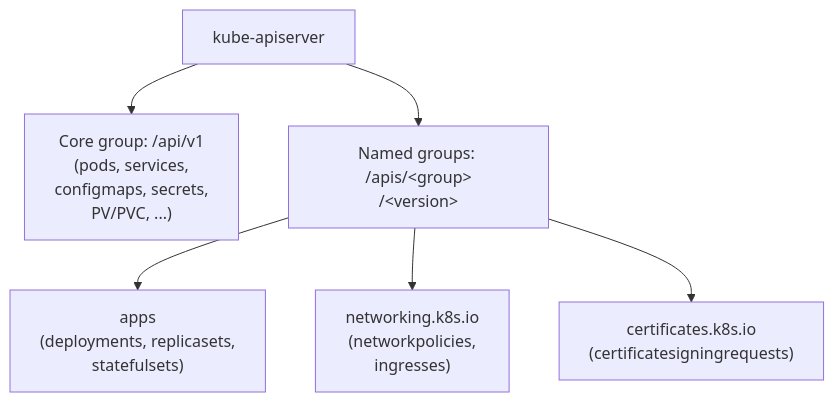
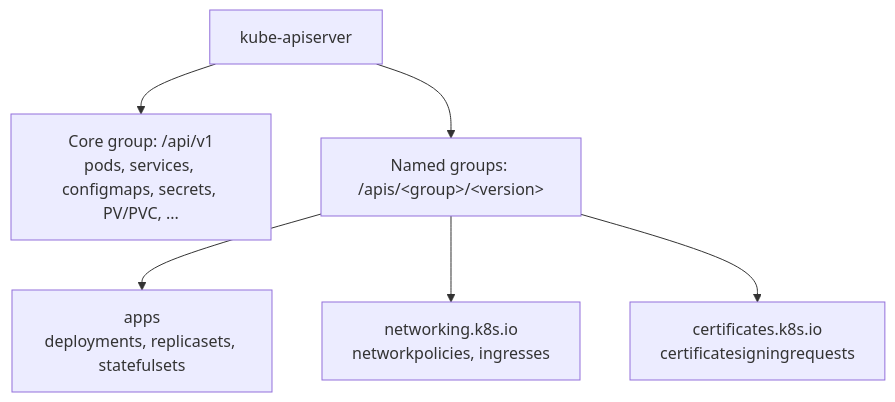
Diagram 40 of 42 in README.md (garashov/k8s-ckad-exam-prep), drawn with Mermaid before and after one commit. The commit also changed other lines of this file, not shown here.

````diff
--- a/README.md
+++ b/README.md
@@ -5276,9 +5277,9 @@
 ```mermaid
 flowchart TB
     API["kube-apiserver"]
-    API --> CORE["Core group: /api/v1<br/>(pods, services,<br/> configmaps, secrets,<br/> PV/PVC, ...)"]
-    API --> NAMED["Named groups: /apis/&lt;group&gt;<br/>/&lt;version&gt;"]
-    NAMED --> APPS["apps<br/>(deployments, replicasets,<br/> statefulsets)"]
-    NAMED --> NET["networking.k8s.io<br/>(networkpolicies,<br/> ingresses)"]
-    NAMED --> CERT["certificates.k8s.io<br/>(certificatesigningrequests)"]
+    API --> CORE["Core group: /api/v1<br/>pods, services, configmaps, secrets, PV/PVC, ..."]
+    API --> NAMED["Named groups: /apis/&lt;group&gt;/&lt;version&gt;"]
+    NAMED --> APPS["apps<br/>deployments, replicasets, statefulsets"]
+    NAMED --> NET["networking.k8s.io<br/>networkpolicies, ingresses"]
+    NAMED --> CERT["certificates.k8s.io<br/>certificatesigningrequests"]
 ```
````
